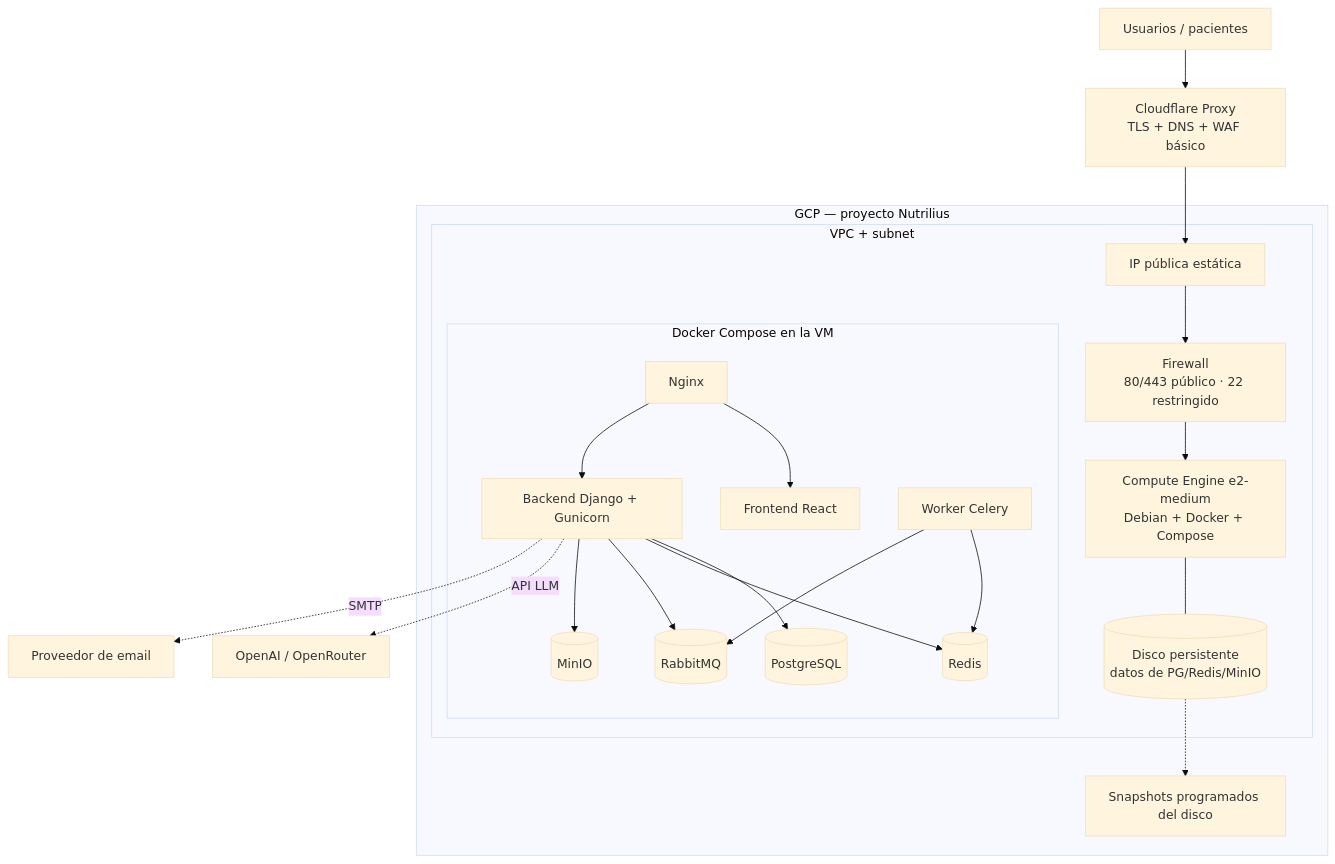
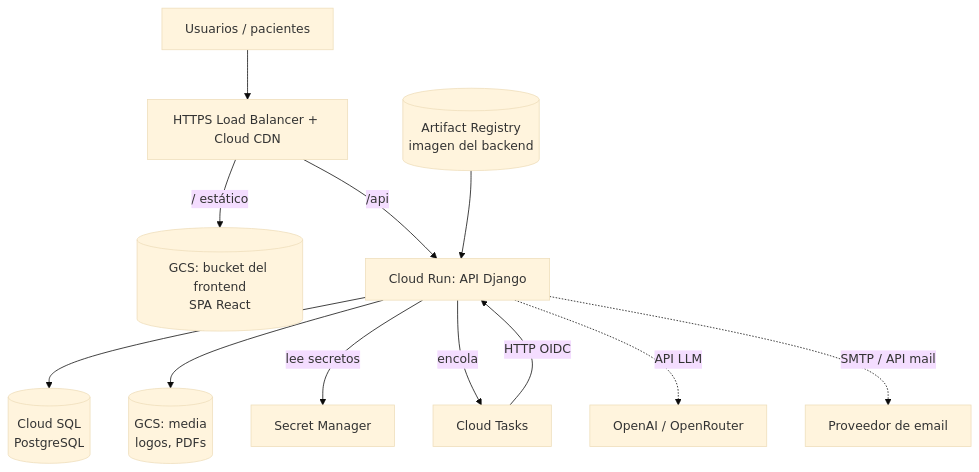
Before and after one commit to lvazquezmartinez/nutrilius: the diagram in INFRAESTRUCTURA.md, drawn with Mermaid (base theme). The commit also changed other lines of this file and 3 other files, not shown here.

````diff
--- a/INFRAESTRUCTURA.md
+++ b/INFRAESTRUCTURA.md
@@ -34,26 +32,17 @@
 ```mermaid
 flowchart TB
-  U[Usuarios / pacientes] --> CF[Cloudflare Proxy\nTLS + DNS + WAF básico]
-  CF --> IP[IP pública estática]
-  subgraph GCP["GCP — proyecto Nutrilius"]
-    subgraph VPC["VPC + subnet"]
-      IP --> FW[Firewall\n80/443 público · 22 restringido]
-      FW --> VM["Compute Engine e2-medium\nDebian + Docker + Compose"]
-      subgraph STACK["Docker Compose en la VM"]
-        NG[Nginx] --> FE[Frontend React]
-        NG --> BE[Backend Django + Gunicorn]
-        BE --> PG[(PostgreSQL)]
-        BE --> RD[(Redis)]
-        BE --> MQ[(RabbitMQ)]
-        BE --> MI[(MinIO)]
-        WK[Worker Celery] --> RD
-        WK --> MQ
-      end
-      VM --- PD[(Disco persistente\ndatos de PG/Redis/MinIO)]
-    end
-    SNAP[Snapshots programados del disco]
-    PD -.-> SNAP
-  end
-  BE -.->|API LLM| AI[OpenAI / OpenRouter]
-  BE -.->|SMTP| MAIL[Proveedor de email]
+  U[Usuarios / pacientes] --> LB[HTTPS Load Balancer + Cloud CDN]
+  LB -->|/ estático| GCSF[(GCS: bucket del frontend\nSPA React)]
+  LB -->|/api| RUN[Cloud Run: API Django]
+
+  RUN --> SQL[(Cloud SQL\nPostgreSQL)]
+  RUN --> GCSM[(GCS: media\nlogos, PDFs)]
+  RUN -->|lee secretos| SM[Secret Manager]
+  RUN -->|encola| TASKS[Cloud Tasks]
+  TASKS -->|HTTP OIDC| RUN
+
+  RUN -.->|API LLM| AI[OpenAI / OpenRouter]
+  RUN -.->|SMTP / API mail| MAIL[Proveedor de email]
+
+  AR[(Artifact Registry\nimagen del backend)] --> RUN
 ```
````
